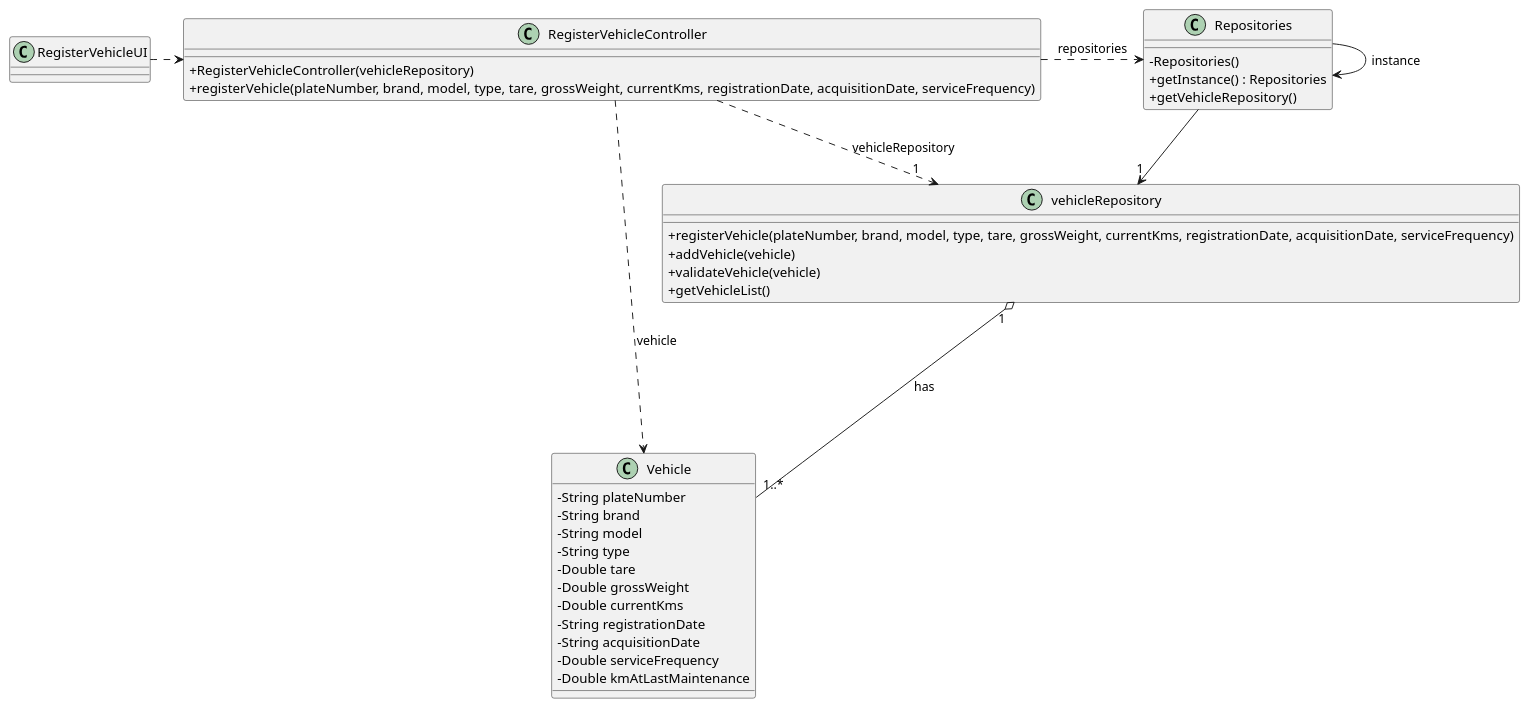
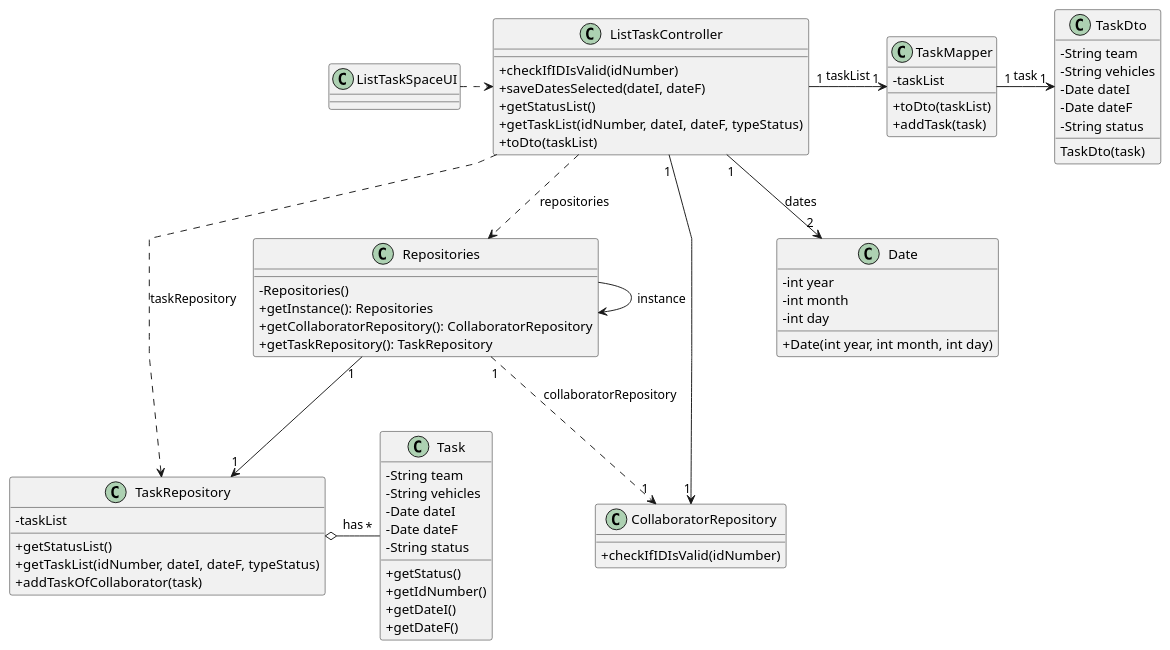
The diagram in docs/sprintC/us028/03.design/puml/us028-class-diagram.puml (diogoveirospro/lei-24-s2-1dg-g072), drawn with PlantUML before and after one commit. The commit also changed 3 other files, not shown here.

```diff
--- a/docs/sprintC/us028/03.design/puml/us028-class-diagram.puml
+++ b/docs/sprintC/us028/03.design/puml/us028-class-diagram.puml
@@ -1,62 +1,81 @@
 @startuml
-'skinparam monochrome true
 skinparam packageStyle rectangle
 skinparam shadowing false
 skinparam linetype polyline
-'skinparam linetype orto
-
 skinparam classAttributeIconSize 0
 
-'left to right direction
+class ListTaskSpaceUI {
+}
+
+class TaskMapper {
+    - taskList
+    + toDto(taskList)
+    + addTask(task)
+}
+
+class TaskDto {
+    - String team
+    - String vehicles
+    - Date dateI
+    - Date dateF
+    - String status
+    TaskDto(task)
+}
+
+class ListTaskController {
+    + checkIfIDIsValid(idNumber)
+    + saveDatesSelected(dateI, dateF)
+    + getStatusList()
+    + getTaskList(idNumber, dateI, dateF, typeStatus)
+    + toDto(taskList)
+}
+
+class TaskRepository {
+    - taskList
+    + getStatusList()
+    + getTaskList(idNumber, dateI, dateF, typeStatus)
+    + addTaskOfCollaborator(task)
+}
+
+class Task {
+    - String team
+    - String vehicles
+    - Date dateI
+    - Date dateF
+    - String status
+    + getStatus()
+    + getIdNumber()
+    + getDateI()
+    + getDateF()
+}
+
+class CollaboratorRepository {
+    + checkIfIDIsValid(idNumber)
+}
 
 class Repositories {
     - Repositories()
-    + getInstance() : Repositories
-    + getVehicleRepository()
+    + getInstance(): Repositories
+    + getCollaboratorRepository(): CollaboratorRepository
+    + getTaskRepository(): TaskRepository
 }
 
-class RegisterVehicleController {
-    + RegisterVehicleController(vehicleRepository)
-    + registerVehicle(plateNumber, brand, model, type, tare, grossWeight, currentKms, registrationDate, acquisitionDate, serviceFrequency)
+class Date {
+    - int year
+    - int month
+    - int day
+    + Date(int year, int month, int day)
 }
 
-class vehicleRepository{
-    + registerVehicle(plateNumber, brand, model, type, tare, grossWeight, currentKms, registrationDate, acquisitionDate, serviceFrequency)
-    + addVehicle(vehicle)
-    + validateVehicle(vehicle)
-    + getVehicleList()
-}
-
-class RegisterVehicleUI {
-}
-
-class Vehicle{
-    - String plateNumber
-    - String brand
-    - String model
-    - String type
-    - Double tare
-    - Double grossWeight
-    - Double currentKms
-    - String registrationDate
-    - String acquisitionDate
-    - Double serviceFrequency
-    - Double kmAtLastMaintenance
-
-}
-
+ListTaskSpaceUI .> ListTaskController
+ListTaskController ..> Repositories : repositories
 Repositories -> Repositories : instance
-
-RegisterVehicleUI .> RegisterVehicleController
-RegisterVehicleController .> "1" vehicleRepository : vehicleRepository
-
-
-Repositories --> "1" vehicleRepository
-
-RegisterVehicleController .> Repositories : repositories
-
-vehicleRepository "1" o--- "1..*"Vehicle : has
-
-RegisterVehicleController .> Vehicle : vehicle
-
+ListTaskController .> TaskRepository: taskRepository
+Repositories "1" --> "1" TaskRepository
+Repositories "1" ..> "1" CollaboratorRepository: collaboratorRepository
+ListTaskController "1" -> "1" CollaboratorRepository
+TaskRepository o- "*" Task : has
+ListTaskController "1" -> "1" TaskMapper: taskList
+TaskMapper "1" -> "1" TaskDto: task
+ListTaskController "1" --> "2" Date: dates
 @enduml
```
